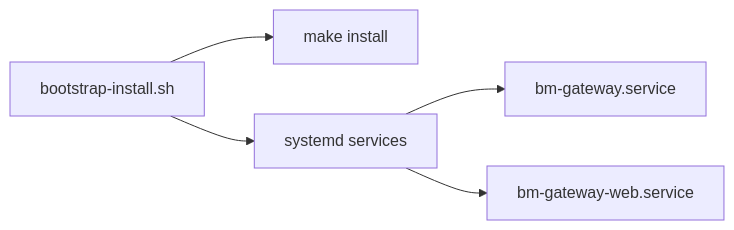
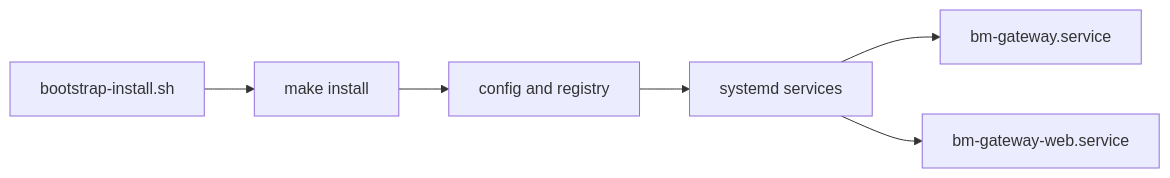
Before and after one commit to marcomc/BMGateway: the diagram in rpi-setup/README.md, drawn with Mermaid. The commit also changed other lines of this file and 7 other files, not shown here.

Commit message:
Enhance documentation with new diagrams for system flow, Raspberry Pi setup, and web implementation; improve clarity on runtime state and history storage processes.

````diff
--- a/rpi-setup/README.md
+++ b/rpi-setup/README.md
@@ -67,13 +69,17 @@
 ```mermaid
 flowchart LR
+    accTitle: Raspberry Pi installed artifacts
+    accDescr: Shows how the bootstrap installer creates the runtime, config, and systemd service artifacts.
     Bootstrap["bootstrap-install.sh"]
     Install["make install"]
+    Config["config and registry"]
     Services["systemd services"]
     Runtime["bm-gateway.service"]
     Web["bm-gateway-web.service"]
 
     Bootstrap --> Install
-    Bootstrap --> Services
+    Install --> Config
+    Config --> Services
     Services --> Runtime
     Services --> Web
 ```
````
